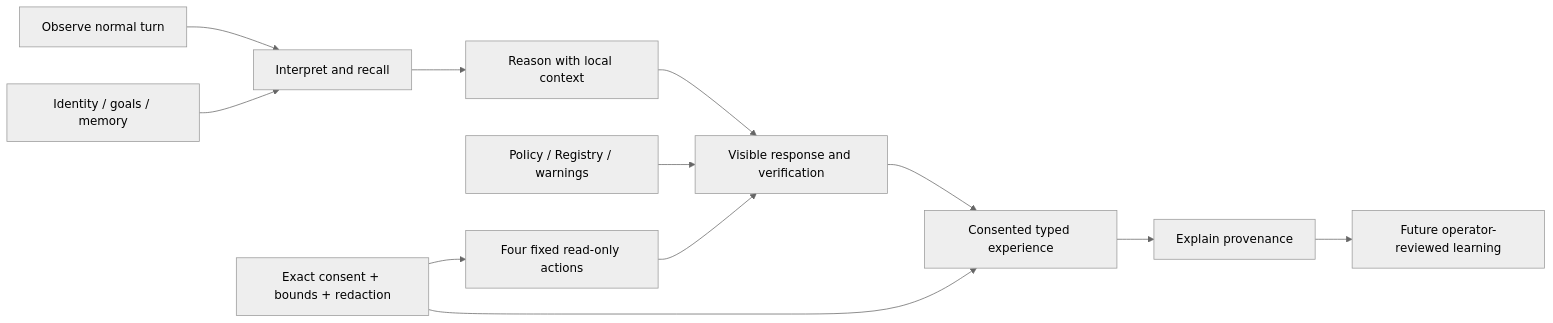
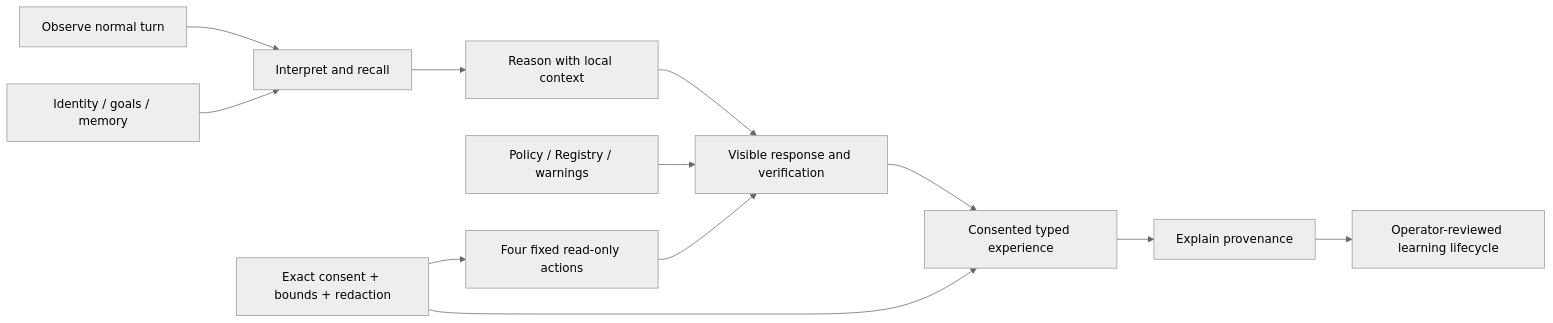
Before and after one commit to iskillcapped-gif/proto-mind: the diagram in CONTEST_SHOWCASE.md, drawn with Mermaid (neutral theme). The commit also changed other lines of this file and 11 other files, not shown here.

````diff
--- a/CONTEST_SHOWCASE.md
+++ b/CONTEST_SHOWCASE.md
@@ -21,16 +22,16 @@
 ```mermaid
 flowchart LR
     O["Observe normal turn"] --> I["Interpret and recall"]
     I --> R["Reason with local context"]
     R --> V["Visible response and verification"]
     V --> E["Consented typed experience"]
     E --> X["Explain provenance"]
-    X --> L["Future operator-reviewed learning"]
+    X --> L["Operator-reviewed learning lifecycle"]
 
     G["Identity / goals / memory"] --> I
     P["Policy / Registry / warnings"] --> V
     A["Four fixed read-only actions"] --> V
 
     S["Exact consent + bounds + redaction"] --> E
     S --> A
 ```
````
